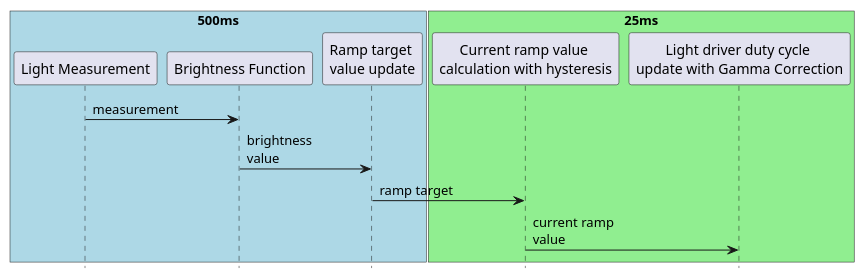
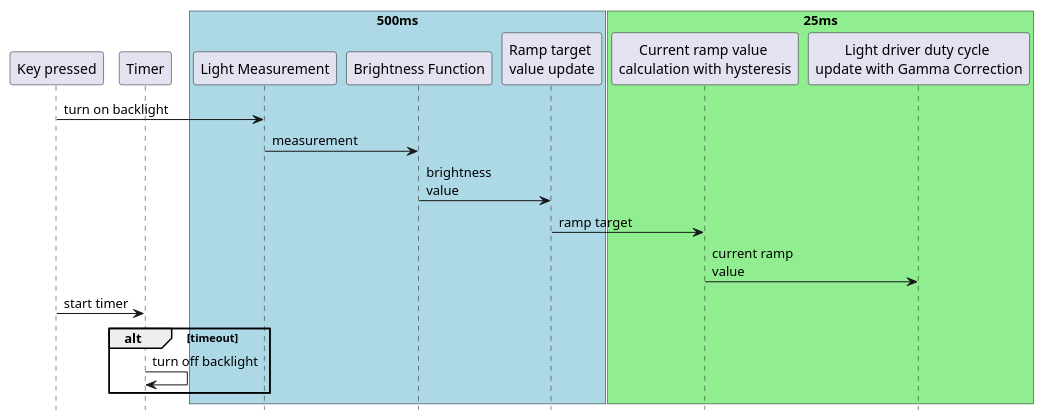
One commit to mudita/MuditaOS changed the diagram in module-services/service-evtmgr/doc/light_control_algorithm.puml. Above: the diagram before and after it, drawn with PlantUML. The commit also changed 17 other files, not shown here.

```diff
--- a/module-services/service-evtmgr/doc/light_control_algorithm.puml
+++ b/module-services/service-evtmgr/doc/light_control_algorithm.puml
@@ -1,21 +1,30 @@
 @startuml
 
 hide footbox
+
+participant "Key pressed" as kp
+participant "Timer" as t
 
 box "500ms" #LightBlue
 participant "Light Measurement" as lm
 participant "Brightness Function" as bc
 participant "Ramp target \nvalue update" as ru
 end box
 
 box "25ms" #LightGreen
 participant "Current ramp value \ncalculation with hysteresis" as rc
 participant "Light driver duty cycle \nupdate with Gamma Correction" as ld
 end box
 
+kp -> lm : turn on backlight
 lm -> bc : measurement
 bc -> ru : brightness \nvalue
 ru -> rc : ramp target
 rc -> ld : current ramp \nvalue
+kp -> t  : start timer
+
+alt timeout
+t -> t : turn off backlight
+end
 
 @enduml
```
